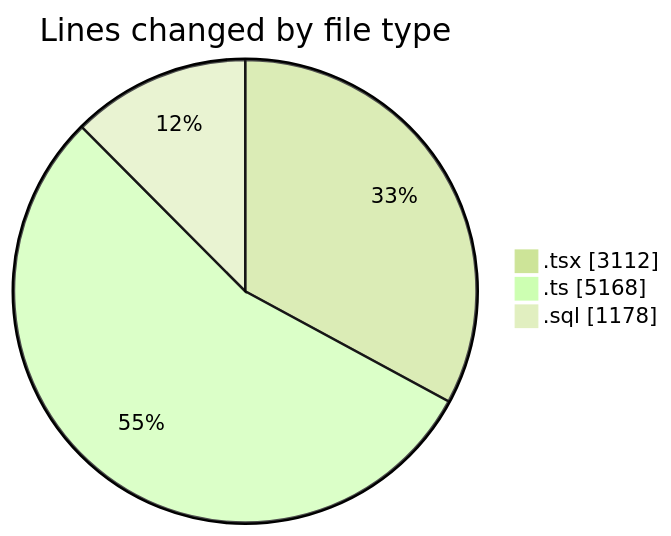
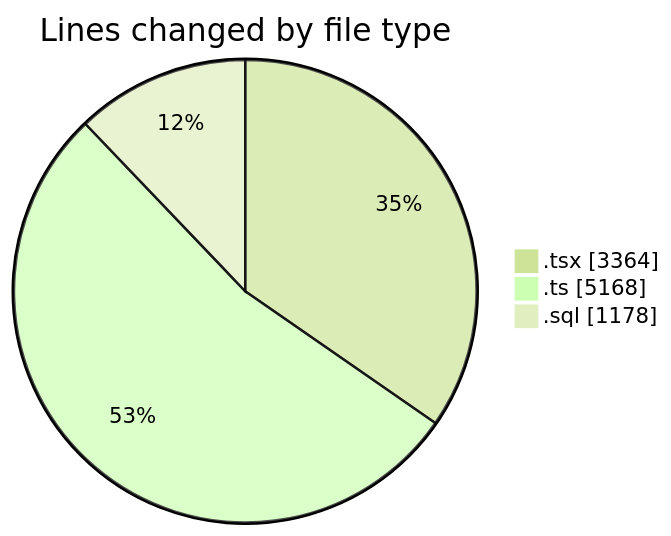
Before and after one commit to lephambinh05/code-tracking: the first of 2 diagrams in 2025-09-05/hiai-phf/README.md, drawn with Mermaid (forest theme). The commit also changed other lines of this file and 1 other file, not shown here.

````diff
--- a/2025-09-05/hiai-phf/README.md
+++ b/2025-09-05/hiai-phf/README.md
@@ -77,7 +77,7 @@
 ```mermaid
 pie showData
 title Lines changed by file type
-".tsx" : 3112
+".tsx" : 3364
 ".ts" : 5168
 ".sql" : 1178
 ```
````
